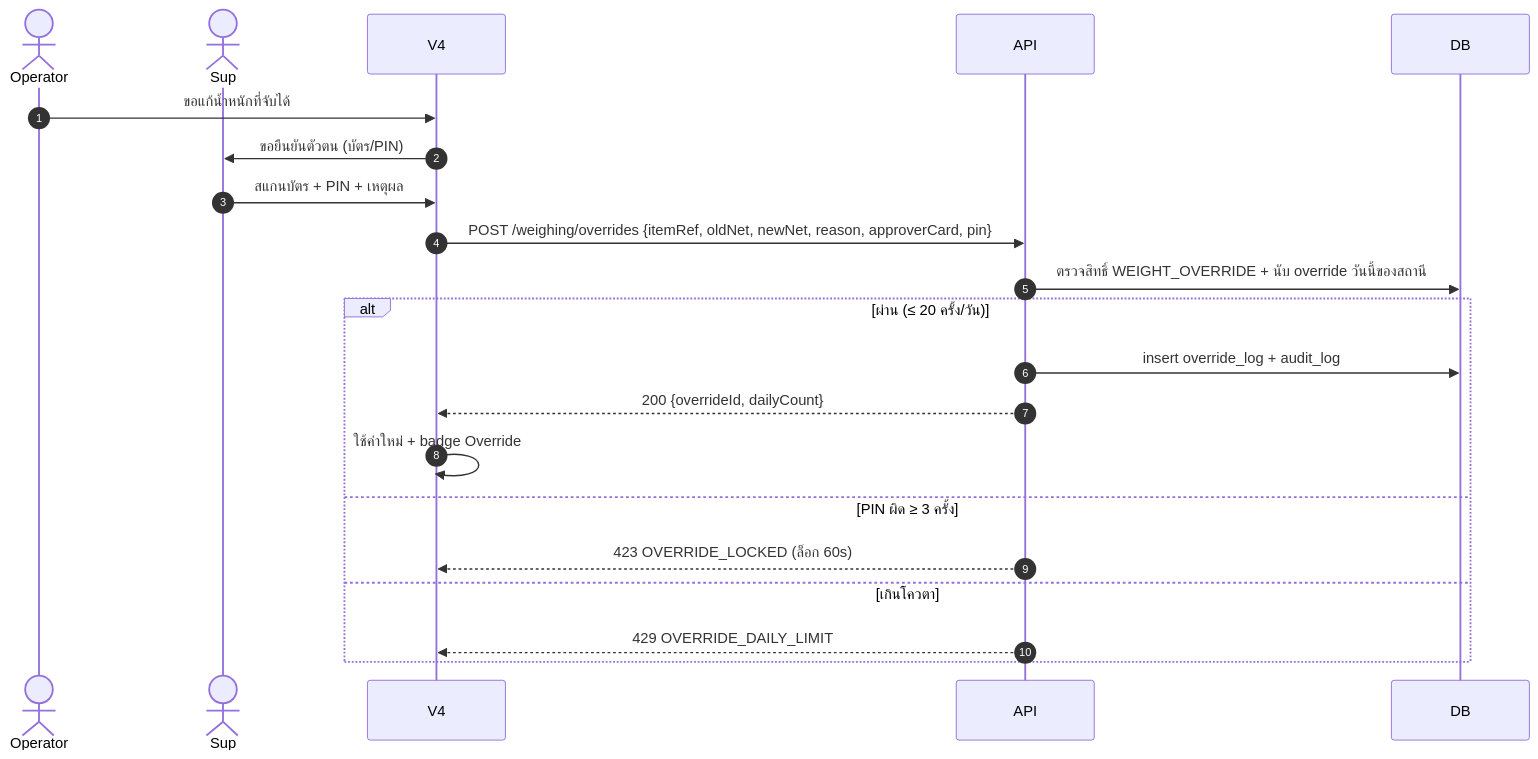
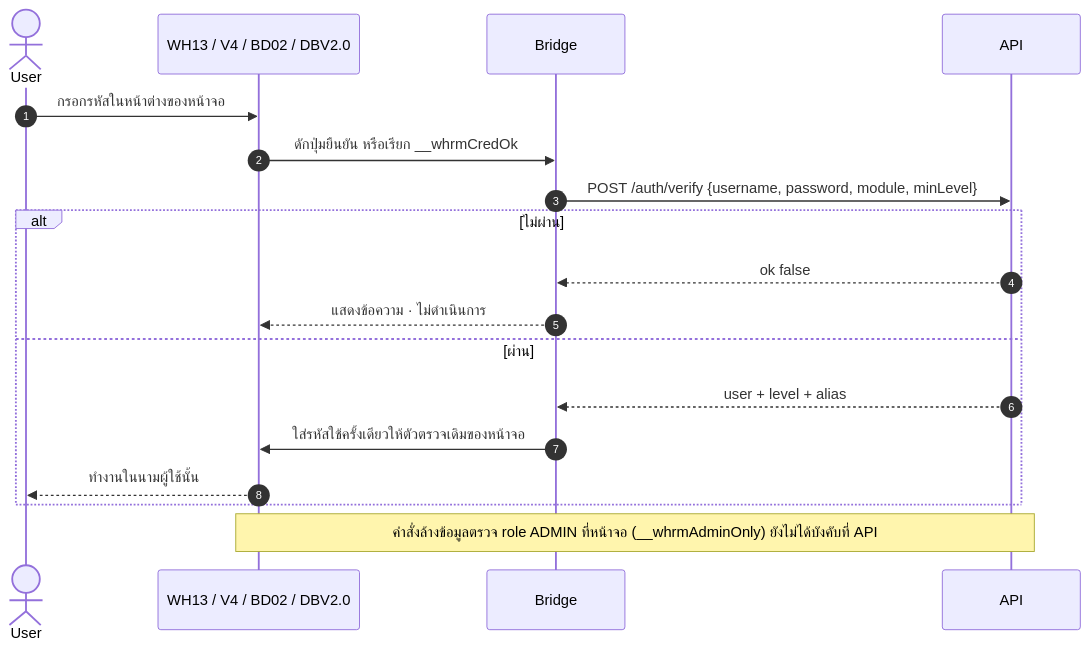
Before and after one commit to Aum2010/WHSM-1791103979: the fourth of 14 diagrams in docs/01-sequence-diagrams.md, drawn with Mermaid. The commit also changed other lines of this file and 3 other files, not shown here.

Commit message:
Docs: update sequence diagrams to current system; record customer decisions

````diff
--- a/docs/01-sequence-diagrams.md
+++ b/docs/01-sequence-diagrams.md
@@ -136,24 +143,21 @@
 ```mermaid
 sequenceDiagram
     autonumber
-    actor Operator
-    actor Sup
-    participant V4
+    actor User
+    participant Page as WH13 / V4 / BD02 / DBV2.0
+    participant Bridge
     participant API
-    participant DB
 
-    Operator->>V4: ขอแก้น้ำหนักที่จับได้
-    V4->>Sup: ขอยืนยันตัวตน (บัตร/PIN)
-    Sup->>V4: สแกนบัตร + PIN + เหตุผล
-    V4->>API: POST /weighing/overrides {itemRef, oldNet, newNet, reason, approverCard, pin}
-    API->>DB: ตรวจสิทธิ์ WEIGHT_OVERRIDE + นับ override วันนี้ของสถานี
-    alt ผ่าน (≤ 20 ครั้ง/วัน)
-        API->>DB: insert override_log + audit_log
-        API-->>V4: 200 {overrideId, dailyCount}
-        V4->>V4: ใช้ค่าใหม่ + badge Override
-    else PIN ผิด ≥ 3 ครั้ง
-        API-->>V4: 423 OVERRIDE_LOCKED (ล็อก 60s)
-    else เกินโควตา
-        API-->>V4: 429 OVERRIDE_DAILY_LIMIT
+    User->>Page: กรอกรหัสในหน้าต่างของหน้าจอ
+    Page->>Bridge: ดักปุ่มยืนยัน หรือเรียก __whrmCredOk
+    Bridge->>API: POST /auth/verify {username, password, module, minLevel}
+    alt ไม่ผ่าน
+        API-->>Bridge: ok false
+        Bridge-->>Page: แสดงข้อความ · ไม่ดำเนินการ
+    else ผ่าน
+        API-->>Bridge: user + level + alias
+        Bridge->>Page: ใส่รหัสใช้ครั้งเดียวให้ตัวตรวจเดิมของหน้าจอ
+        Page-->>User: ทำงานในนามผู้ใช้นั้น
     end
+    Note over Page,API: คำสั่งล้างข้อมูลตรวจ role ADMIN ที่หน้าจอ (__whrmAdminOnly) ยังไม่ได้บังคับที่ API
 ```
````
